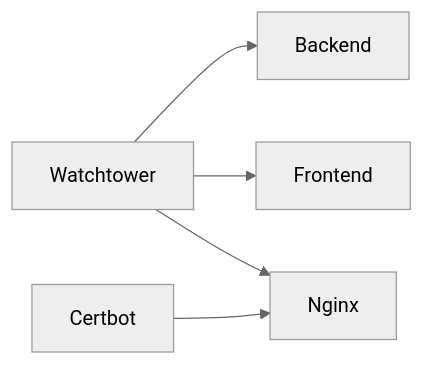
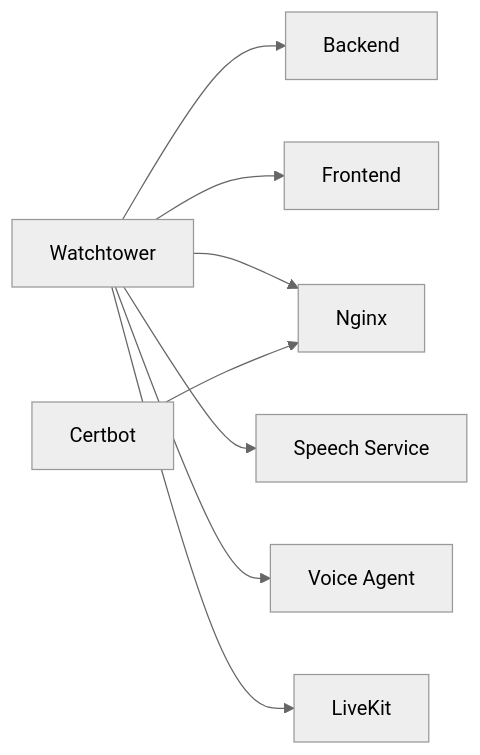
The eighth of 12 diagrams in .qoder/repowiki/en/content/Deployment & DevOps/Docker Configuration.md (Revanththetalogics/aireume), drawn with Mermaid (neutral theme) before and after one commit. The commit also changed other lines of this file and 39 other files, not shown here.

````diff
--- a/.qoder/repowiki/en/content/Deployment & DevOps/Docker Configuration.md
+++ b/.qoder/repowiki/en/content/Deployment & DevOps/Docker Configuration.md
@@ -287,7 +381,10 @@
 ```mermaid
 graph LR
 Watchtower["Watchtower"] --> Backend["Backend"]
 Watchtower --> Frontend["Frontend"]
 Watchtower --> Nginx["Nginx"]
+Watchtower --> SpeechService["Speech Service"]
+Watchtower --> VoiceAgent["Voice Agent"]
+Watchtower --> LiveKit["LiveKit"]
 Certbot["Certbot"] --> Nginx
 ```
````
